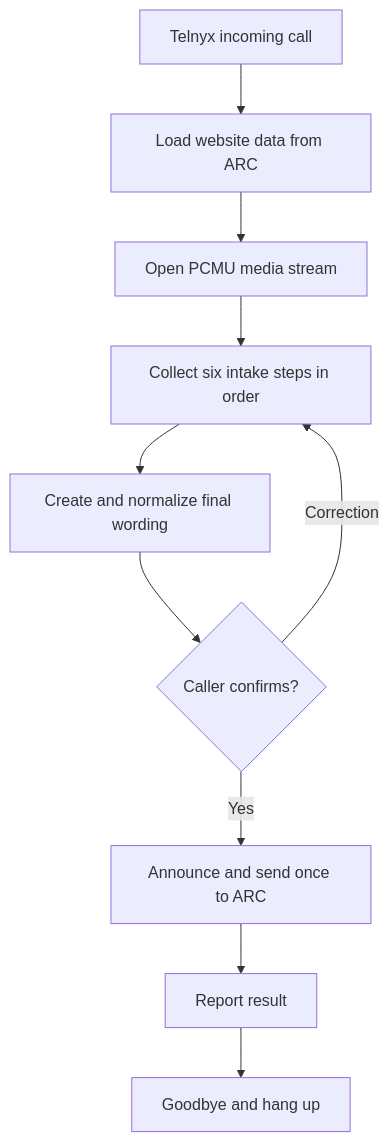
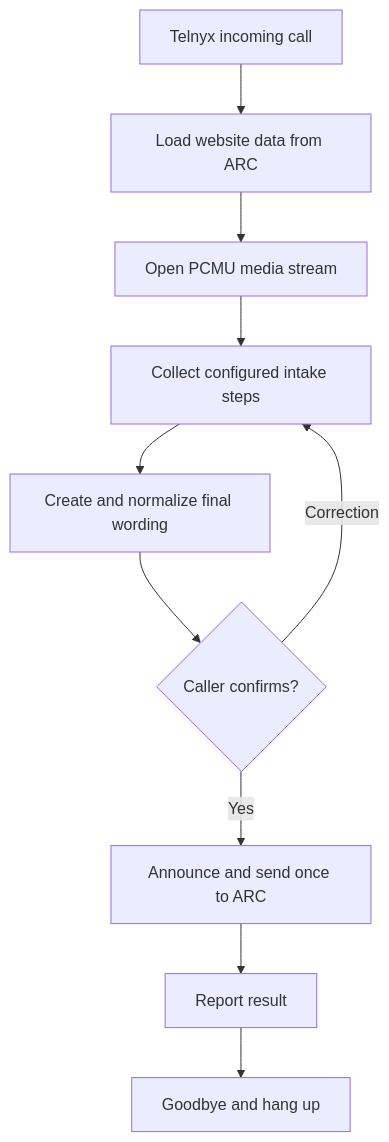
The diagram in README.md (christensenandrew455-cell/tabor-painting-receptionist), drawn with Mermaid before and after one commit. The commit also changed other lines of this file and 11 other files, not shown here.

````diff
--- a/README.md
+++ b/README.md
@@ -65,12 +66,12 @@
 ```mermaid
 flowchart TD
     A[Telnyx incoming call] --> B[Load website data from ARC]
     B --> C[Open PCMU media stream]
-    C --> D[Collect six intake steps in order]
+    C --> D[Collect configured intake steps]
     D --> E[Create and normalize final wording]
     E --> F{Caller confirms?}
     F -- Correction --> D
     F -- Yes --> G[Announce and send once to ARC]
     G --> H[Report result]
     H --> I[Goodbye and hang up]
 ```
````
